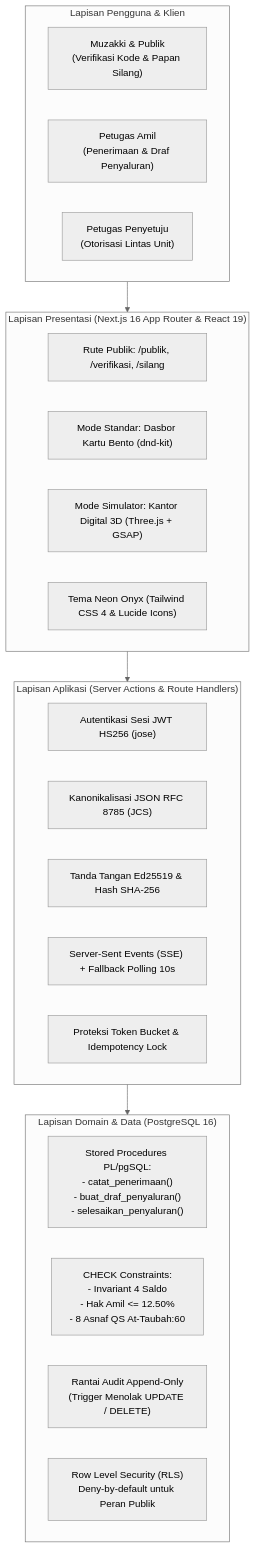
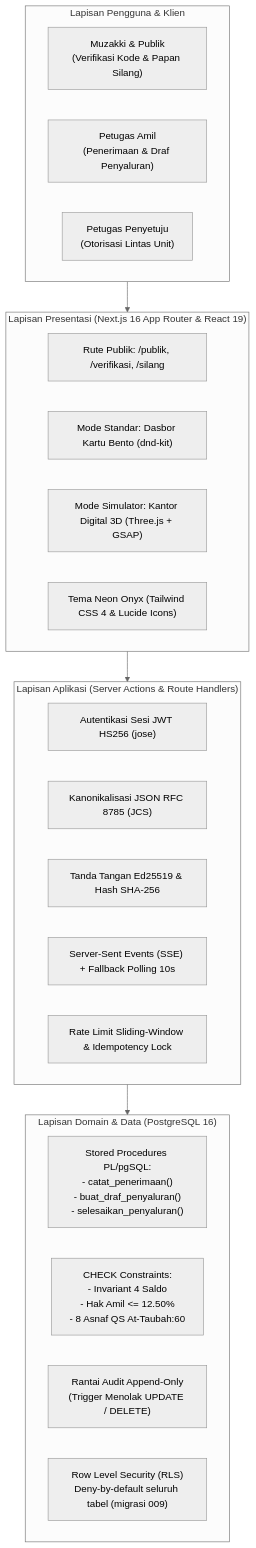
The first of 3 diagrams in README.md (wakhidpangestu/zaky), drawn with Mermaid (neutral theme) before and after one commit. The commit also changed other lines of this file and 7 other files, not shown here.

First line of the commit message:
fix(security): kunci tabel inti dengan RLS, pulihkan fail-closed secret, health check nyata

````diff
--- a/README.md
+++ b/README.md
@@ -91,34 +112,34 @@
 ```mermaid
 flowchart TD
     subgraph Klien["Lapisan Pengguna & Klien"]
         Muzakki["Muzakki & Publik<br/>(Verifikasi Kode & Papan Silang)"]
         Amil["Petugas Amil<br/>(Penerimaan & Draf Penyaluran)"]
         Penyetuju["Petugas Penyetuju<br/>(Otorisasi Lintas Unit)"]
     end
 
     subgraph Presentasi["Lapisan Presentasi (Next.js 16 App Router & React 19)"]
         PublicRoute["Rute Publik: /publik, /verifikasi, /silang"]
         OfficeMode["Mode Standar: Dasbor Kartu Bento (dnd-kit)"]
         Office3D["Mode Simulator: Kantor Digital 3D (Three.js + GSAP)"]
         DesignSys["Tema Neon Onyx (Tailwind CSS 4 & Lucide Icons)"]
     end
 
     subgraph Aplikasi["Lapisan Aplikasi (Server Actions & Route Handlers)"]
         AuthModule["Autentikasi Sesi JWT HS256 (jose)"]
         JCSModule["Kanonikalisasi JSON RFC 8785 (JCS)"]
         CryptoModule["Tanda Tangan Ed25519 & Hash SHA-256"]
         RealtimeModule["Server-Sent Events (SSE) + Fallback Polling 10s"]
-        RateLimiter["Proteksi Token Bucket & Idempotency Lock"]
+        RateLimiter["Rate Limit Sliding-Window & Idempotency Lock"]
     end
 
     subgraph DataDomain["Lapisan Domain & Data (PostgreSQL 16)"]
         SPCore["Stored Procedures PL/pgSQL:<br/>- catat_penerimaan()<br/>- buat_draf_penyaluran()<br/>- selesaikan_penyaluran()"]
         CheckConst["CHECK Constraints:<br/>- Invariant 4 Saldo<br/>- Hak Amil <= 12.50%<br/>- 8 Asnaf QS At-Taubah:60"]
         AuditLog["Rantai Audit Append-Only<br/>(Trigger Menolak UPDATE / DELETE)"]
-        RLS["Row Level Security (RLS)<br/>Deny-by-default untuk Peran Publik"]
+        RLS["Row Level Security (RLS)<br/>Deny-by-default seluruh tabel (migrasi 009)"]
     end
 
     Klien --> Presentasi
     Presentasi --> Aplikasi
     Aplikasi --> DataDomain
 ```
````
